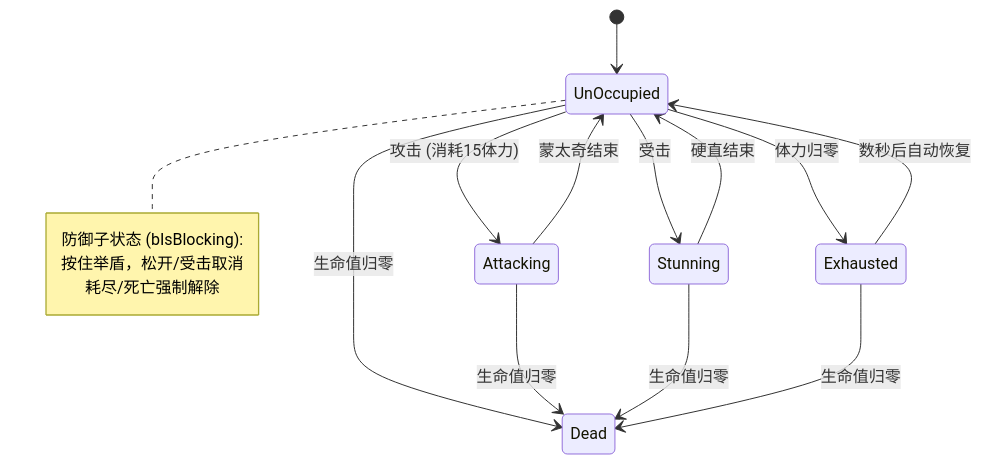
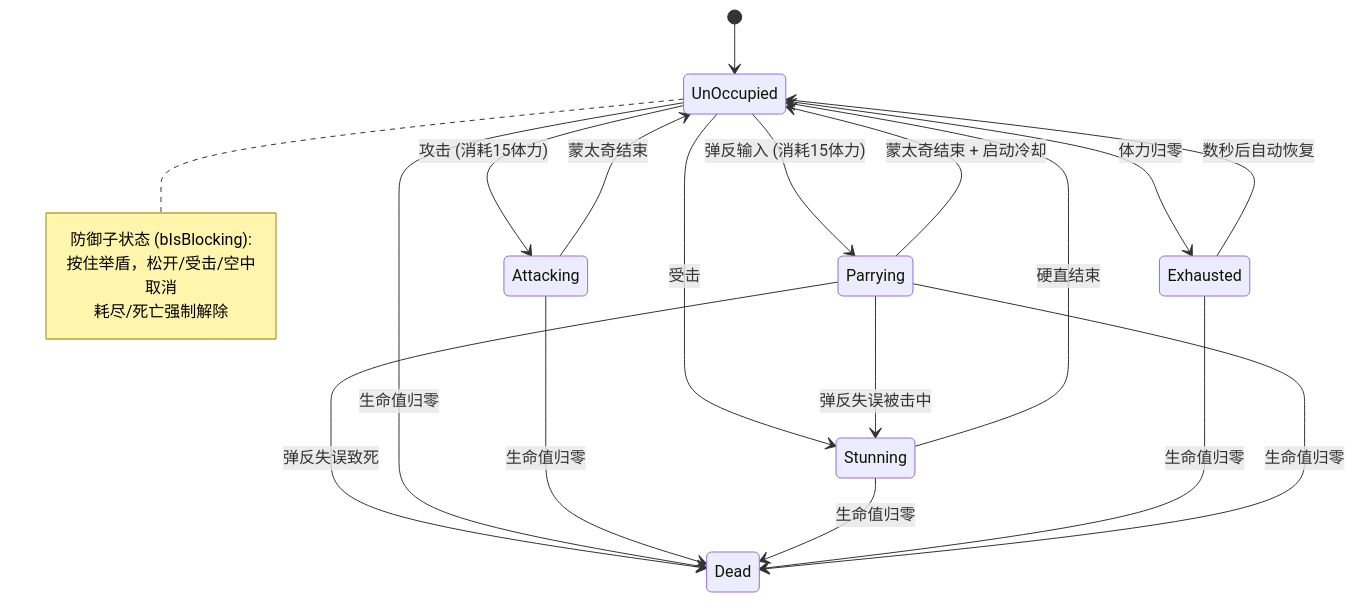
The first of 6 diagrams in README.md (Kulahala/UE5-Soulslike-Combat), drawn with Mermaid before and after one commit. The commit also changed other lines of this file and 2 other files, not shown here.

````diff
--- a/README.md
+++ b/README.md
@@ -82,23 +83,29 @@
 ```mermaid
 stateDiagram-v2
     [*] --> UnOccupied
 
     UnOccupied --> Attacking : 攻击 (消耗15体力)
     UnOccupied --> Stunning : 受击
     UnOccupied --> Exhausted : 体力归零
+    UnOccupied --> Parrying : 弹反输入 (消耗15体力)
 
     note right of UnOccupied
         防御子状态 (bIsBlocking):
-        按住举盾，松开/受击取消
+        按住举盾，松开/受击/空中取消
         耗尽/死亡强制解除
     end note
 
     Attacking --> UnOccupied : 蒙太奇结束
     Stunning --> UnOccupied : 硬直结束
     Exhausted --> UnOccupied : 数秒后自动恢复
+    Parrying --> UnOccupied : 蒙太奇结束 + 启动冷却
+
+    Parrying --> Stunning : 弹反失误被击中
+    Parrying --> Dead : 弹反失误致死
 
     UnOccupied --> Dead : 生命值归零
     Attacking --> Dead : 生命值归零
     Stunning --> Dead : 生命值归零
     Exhausted --> Dead : 生命值归零
+    Parrying --> Dead : 生命值归零
 ```
````
